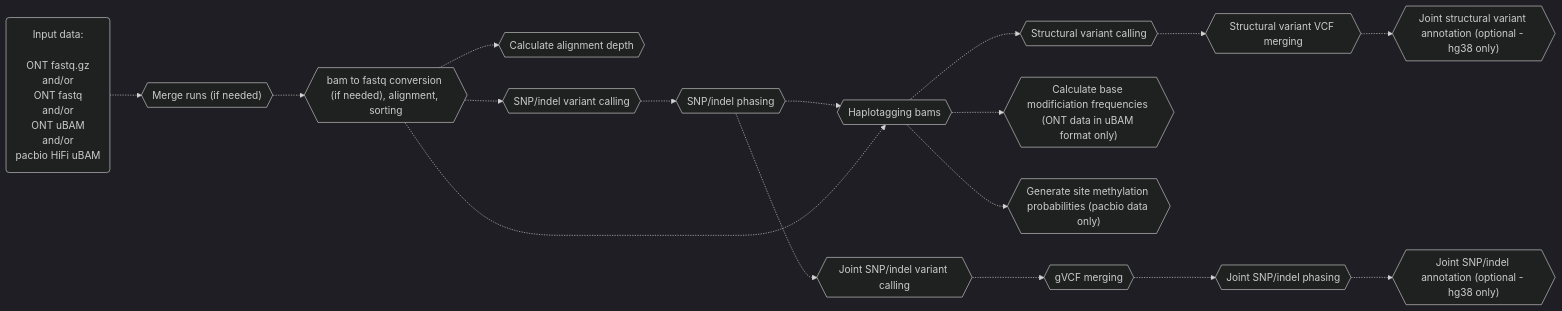
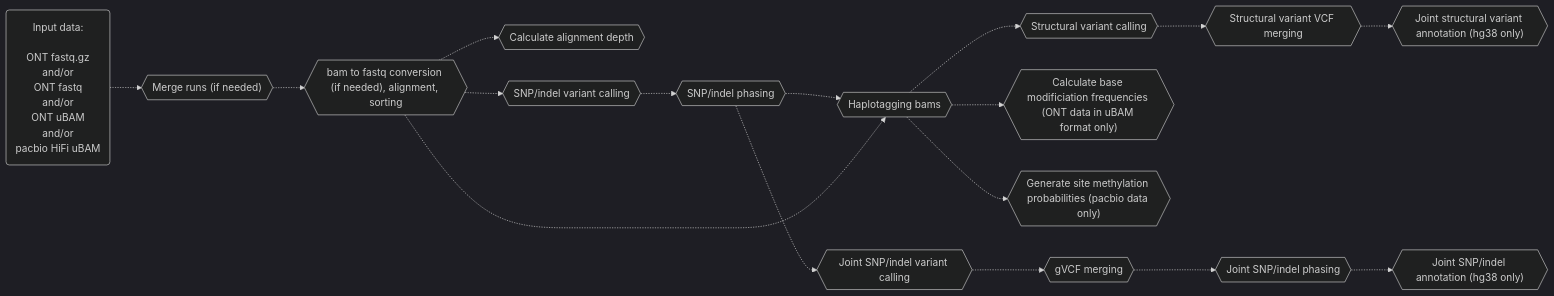
One commit to leahkemp/pipeface changed the second of 4 diagrams in README.md. Above: the diagram before and after it, drawn with Mermaid. The commit also changed other lines of this file, not shown here.

Commit message:
fix mermaid diagram

````diff
--- a/README.md
+++ b/README.md
@@ -50,30 +50,30 @@
 ```mermaid
 %%{init: {'theme':'dark'}}%%
 flowchart LR
 
 input_data("Input data: <br><br> ONT fastq.gz <br> and/or <br> ONT fastq <br> and/or <br> ONT uBAM <br> and/or <br> pacbio HiFi uBAM")
 merging{{"Merge runs (if needed)"}}
 alignment{{"bam to fastq conversion (if needed), alignment, sorting"}}
 depth{{"Calculate alignment depth"}}
 snp_indel_calling{{"SNP/indel variant calling"}}
 snp_indel_phasing{{"SNP/indel phasing"}}
 joint_snp_indel_calling{{"Joint SNP/indel variant calling"}}
 gvcf_merging{{"gVCF merging"}}
 joint_snp_indel_phasing{{"Joint SNP/indel phasing"}}
-joint_snp_indel_annotation{{"Joint SNP/indel annotation (optional - hg38 only)"}}
+joint_snp_indel_annotation{{"Joint SNP/indel annotation (hg38 only)"}}
 haplotagging{{"Haplotagging bams"}}
 calculate_base_mod_freqs{{"Calculate base modificiation frequencies (ONT data in uBAM format only)"}}
 generate_meth_probs{{"Generate site methylation probabilities (pacbio data only)"}}
 sv_calling{{"Structural variant calling"}}
 sv_vcf_merging{{"Structural variant VCF merging"}}
-joint_sv_annotation{{"Joint structural variant annotation (optional - hg38 only)"}}
+joint_sv_annotation{{"Joint structural variant annotation (hg38 only)"}}
 
 input_data-.->merging-.->alignment-.->snp_indel_calling-.->snp_indel_phasing-.->haplotagging-.->sv_calling
 alignment-.->depth
 alignment-.->haplotagging
 haplotagging-.->calculate_base_mod_freqs
 haplotagging-.->generate_meth_probs
 snp_indel_phasing-.->joint_snp_indel_calling-.->gvcf_merging-.->joint_snp_indel_phasing-.->joint_snp_indel_annotation
 sv_calling-.->sv_vcf_merging-.->joint_sv_annotation
 
 ```
````
